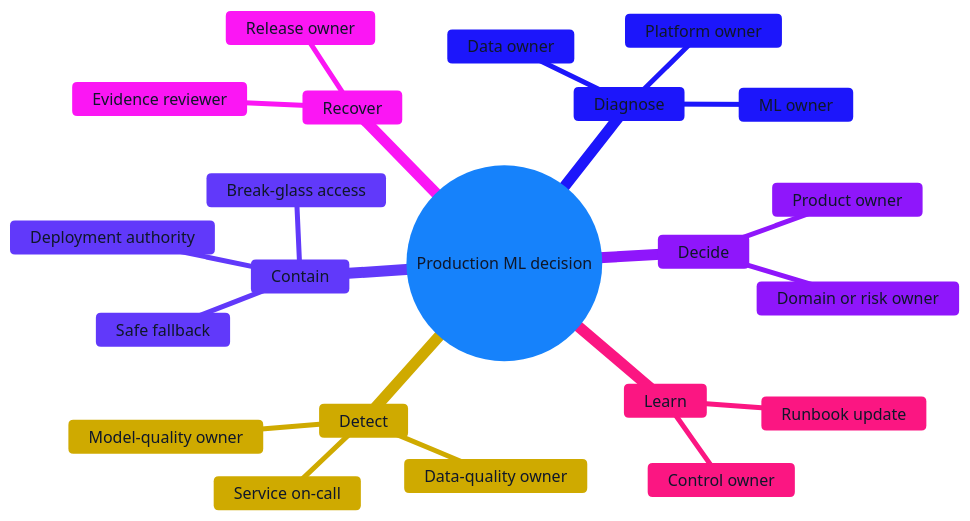
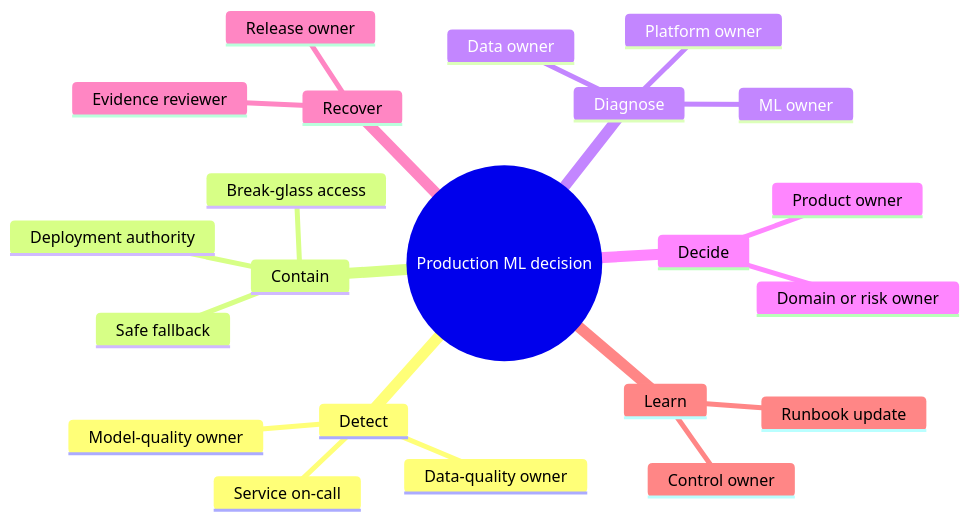
Before and after one commit to senlinyy/dev-roadmaps: the sixth of 7 diagrams in roadmaps/mlops/modules/mlops-foundations/teams-and-workflow/03-common-mlops-failure-modes.md, drawn with Mermaid. The commit also changed other lines of this file and 152 other files, not shown here.

Commit message:
feat: mlops and diagrams updated

````diff
--- a/roadmaps/mlops/modules/mlops-foundations/teams-and-workflow/03-common-mlops-failure-modes.md
+++ b/roadmaps/mlops/modules/mlops-foundations/teams-and-workflow/03-common-mlops-failure-modes.md
@@ -440,26 +418,26 @@
 ```mermaid
-%%{init: {"theme":"base","themeVariables":{"primaryColor":"#93C5FD","primaryTextColor":"#0F172A","primaryBorderColor":"#536A9A","lineColor":"#536A9A","secondaryColor":"#FFE04F","tertiaryColor":"#C4B5FD"}}}%%
+
 mindmap
   root((Production ML decision))
     Detect
       Service on-call
       Data-quality owner
       Model-quality owner
     Contain
       Deployment authority
       Safe fallback
       Break-glass access
     Diagnose
       Data owner
       ML owner
       Platform owner
     Decide
       Product owner
       Domain or risk owner
     Recover
       Release owner
       Evidence reviewer
     Learn
       Runbook update
       Control owner
 ```
````
